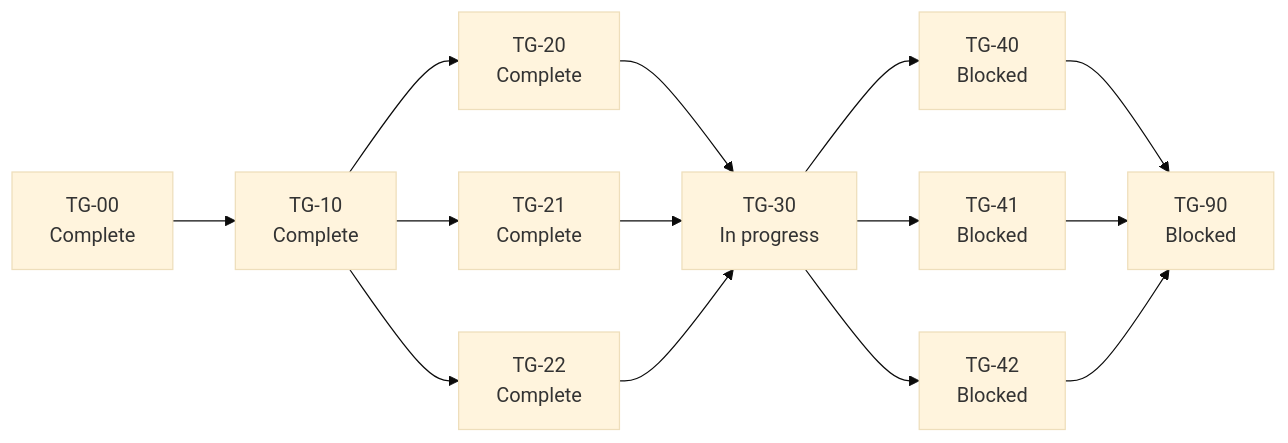
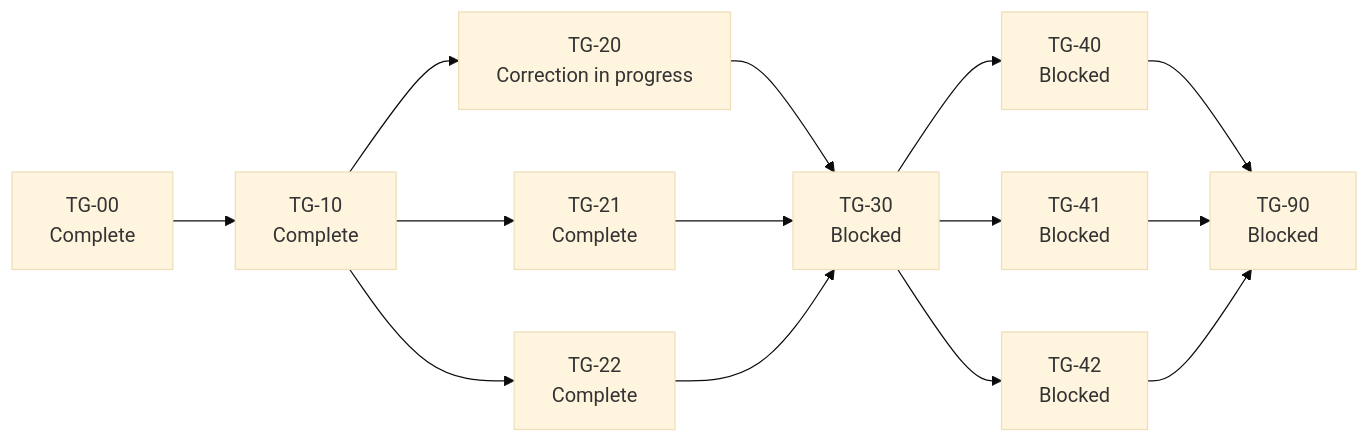
Before and after one commit to vatsalsaglani/rafu: the diagram in docs/plans/phases/terminal-groups/manifest.md, drawn with Mermaid (base theme). The commit also changed other lines of this file, not shown here.

Commit message:
docs: reopen TG-20 adoption seam

````diff
--- a/docs/plans/phases/terminal-groups/manifest.md
+++ b/docs/plans/phases/terminal-groups/manifest.md
@@ -9,27 +9,27 @@
 ```mermaid
 flowchart LR
     D["TG-00<br/>Complete"]
     C["TG-10<br/>Complete"]
-    R["TG-20<br/>Complete"]
+    R["TG-20<br/>Correction in progress"]
     V["TG-21<br/>Complete"]
     S["TG-22<br/>Complete"]
-    W["TG-30<br/>In progress"]
+    W["TG-30<br/>Blocked"]
     M["TG-40<br/>Blocked"]
     K["TG-41<br/>Blocked"]
     A["TG-42<br/>Blocked"]
     Q["TG-90<br/>Blocked"]
 
     D --> C
     C --> R
     C --> V
     C --> S
     R --> W
     V --> W
     S --> W
     W --> M
     W --> K
     W --> A
     M --> Q
     K --> Q
     A --> Q
 ```
````
